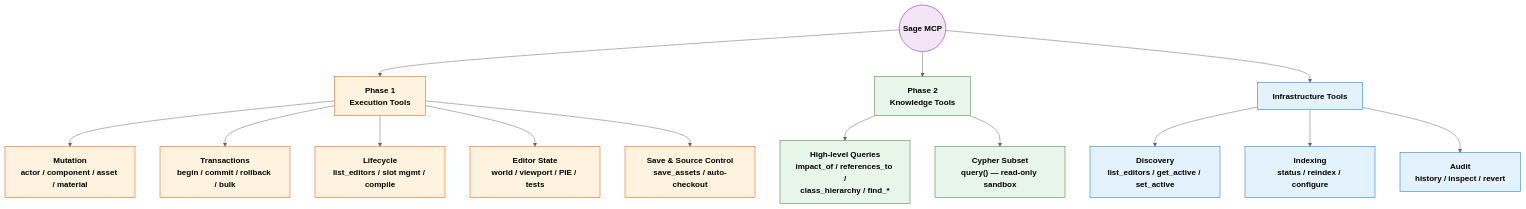
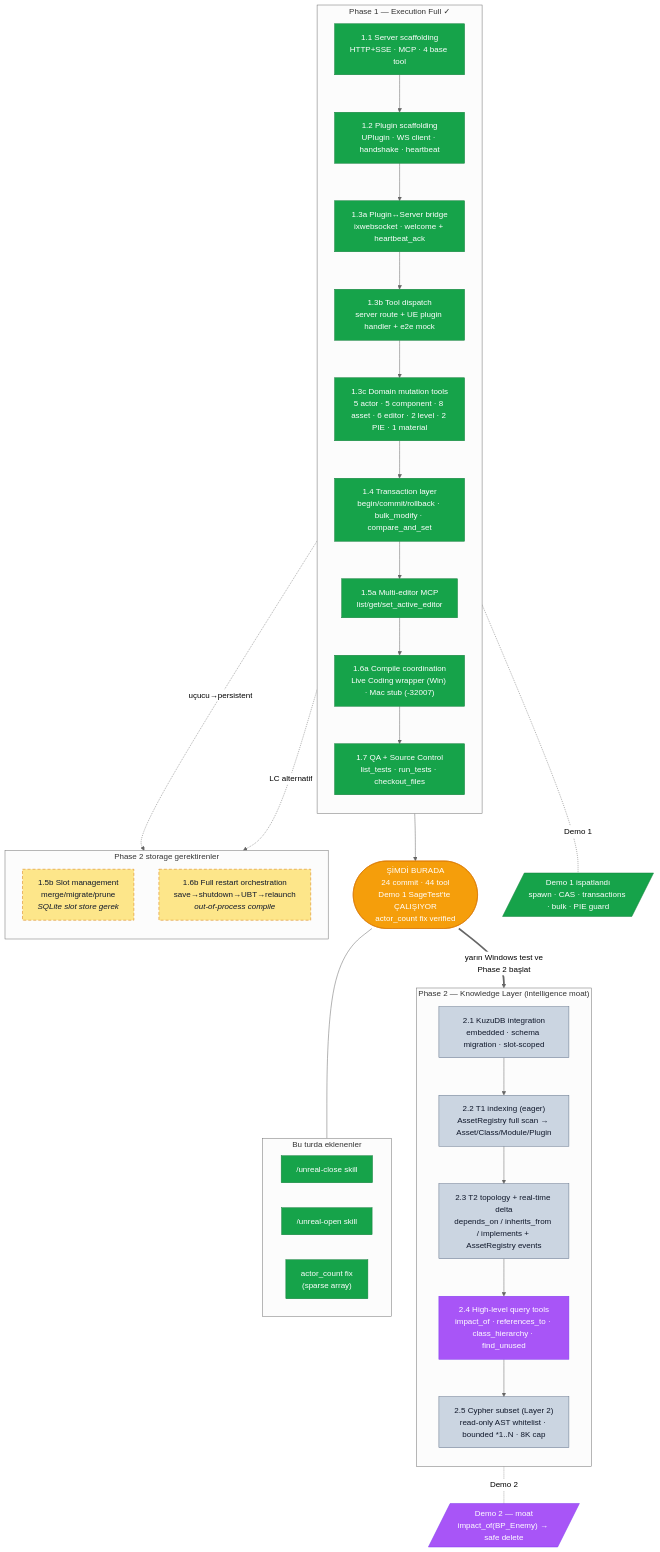
Before and after one commit to alemdarlabs/sage-unreal-mcp: the first of 2 diagrams in .claude/notes/diagram.md, drawn with Mermaid (neutral theme). The commit also changed other lines of this file and 6 other files, not shown here.

First line of the commit message:
feat: phase 2 milestone 2.1a — KuzuDB integration baseline

````diff
--- a/.claude/notes/diagram.md
+++ b/.claude/notes/diagram.md
@@ -72,28 +5,65 @@
 ```mermaid
-flowchart TD
-    Sage((Sage MCP)) --> P1[Phase 1<br/>Execution Tools]
-    Sage --> P2[Phase 2<br/>Knowledge Tools]
-    Sage --> Inf[Infrastructure Tools]
+flowchart TB
+  classDef done    fill:#16a34a,stroke:#15803d,color:#fff
+  classDef now     fill:#f59e0b,stroke:#d97706,color:#fff
+  classDef todo    fill:#cbd5e1,stroke:#64748b,color:#0f172a
+  classDef hold    fill:#fde68a,stroke:#d97706,color:#0f172a,stroke-dasharray: 6 4
+  classDef moat    fill:#a855f7,stroke:#7c3aed,color:#fff
 
-    P1 --> Mut["Mutation<br/>actor / component / asset / material"]
-    P1 --> Tx["Transactions<br/>begin / commit / rollback / bulk"]
-    P1 --> Life["Lifecycle<br/>list_editors / slot mgmt / compile"]
-    P1 --> St["Editor State<br/>world / viewport / PIE / tests"]
-    P1 --> Save["Save & Source Control<br/>save_assets / auto-checkout"]
+  %% Phase 1 spine
+  subgraph P1["Phase 1 — Execution Full ✓"]
+    direction TB
+    M11["1.1 Server scaffolding<br/>HTTP+SSE · MCP · 4 base tool"]:::done
+    M12["1.2 Plugin scaffolding<br/>UPlugin · WS client · handshake · heartbeat"]:::done
+    M13a["1.3a Plugin↔Server bridge<br/>ixwebsocket · welcome + heartbeat_ack"]:::done
+    M13b["1.3b Tool dispatch<br/>server route + UE plugin handler + e2e mock"]:::done
+    M13c["1.3c Domain mutation tools<br/>5 actor · 5 component · 8 asset · 6 editor · 2 level · 2 PIE · 1 material"]:::done
+    M14["1.4 Transaction layer<br/>begin/commit/rollback · bulk_modify · compare_and_set"]:::done
+    M15a["1.5a Multi-editor MCP<br/>list/get/set_active_editor"]:::done
+    M16a["1.6a Compile coordination<br/>Live Coding wrapper (Win) · Mac stub (-32007)"]:::done
+    M17["1.7 QA + Source Control<br/>list_tests · run_tests · checkout_files"]:::done
+  end
 
-    P2 --> HL["High-level Queries<br/>impact_of / references_to /<br/>class_hierarchy / find_*"]
-    P2 --> CS["Cypher Subset<br/>query() — read-only sandbox"]
+  M11 --> M12 --> M13a --> M13b --> M13c --> M14 --> M15a --> M16a --> M17
 
-    Inf --> Disc["Discovery<br/>list_editors / get_active / set_active"]
-    Inf --> Idx["Indexing<br/>status / reindex / configure"]
-    Inf --> Aud["Audit<br/>history / inspect / revert"]
+  %% Şu an
+  M17 --> NOW(["ŞİMDİ BURADA<br/>24 commit · 44 tool<br/>Demo 1 SageTest&apos;te ÇALIŞIYOR<br/>actor_count fix verified"]):::now
 
-    classDef phase1 fill:#fff3e0,stroke:#e65100,color:#000
-    classDef phase2 fill:#e8f5e9,stroke:#2e7d32,color:#000
-    classDef infra fill:#e3f2fd,stroke:#0277bd,color:#000
-    classDef root fill:#f3e5f5,stroke:#6a1b9a,color:#000,font-weight:bold
-    class Sage root
-    class P1,Mut,Tx,Life,St,Save phase1
-    class P2,HL,CS phase2
-    class Inf,Disc,Idx,Aud infra
+  %% Phase 1 deferred
+  subgraph DEF["Phase 2 storage gerektirenler"]
+    direction TB
+    M15b["1.5b Slot management<br/>merge/migrate/prune<br/><i>SQLite slot store gerek</i>"]:::hold
+    M16b["1.6b Full restart orchestration<br/>save→shutdown→UBT→relaunch<br/><i>out-of-process compile</i>"]:::hold
+  end
+
+  M15a -.uçucu→persistent.-> M15b
+  M16a -.LC alternatif.-> M16b
+
+  %% Phase 2 moat
+  subgraph P2["Phase 2 — Knowledge Layer (intelligence moat)"]
+    direction TB
+    M21["2.1 KuzuDB integration<br/>embedded · schema migration · slot-scoped"]:::todo
+    M22["2.2 T1 indexing (eager)<br/>AssetRegistry full scan → Asset/Class/Module/Plugin"]:::todo
+    M23["2.3 T2 topology + real-time delta<br/>depends_on / inherits_from / implements + AssetRegistry events"]:::todo
+    M24["2.4 High-level query tools<br/>impact_of · references_to · class_hierarchy · find_unused"]:::moat
+    M25["2.5 Cypher subset (Layer 2)<br/>read-only AST whitelist · bounded *1..N · 8K cap"]:::todo
+  end
+
+  M21 --> M22 --> M23 --> M24 --> M25
+
+  NOW ==yarın Windows test ve<br/>Phase 2 başlat==> M21
+
+  %% Demo hedefleri
+  M17 -. Demo 1 .- DEMO1[/"Demo 1 ispatlandı<br/>spawn · CAS · transactions · bulk · PIE guard"/]:::done
+  M24 -. Demo 2 .- DEMO2[/"Demo 2 — moat<br/>impact_of(BP_Enemy) → safe delete"/]:::moat
+
+  %% Bu turda eklenenler
+  subgraph TOOLS["Bu turda eklenenler"]
+    direction LR
+    SK1["/unreal-close skill"]:::done
+    SK2["/unreal-open skill"]:::done
+    BUG["actor_count fix<br/>(sparse array)"]:::done
+  end
+
+  NOW --- TOOLS
 ```
````
